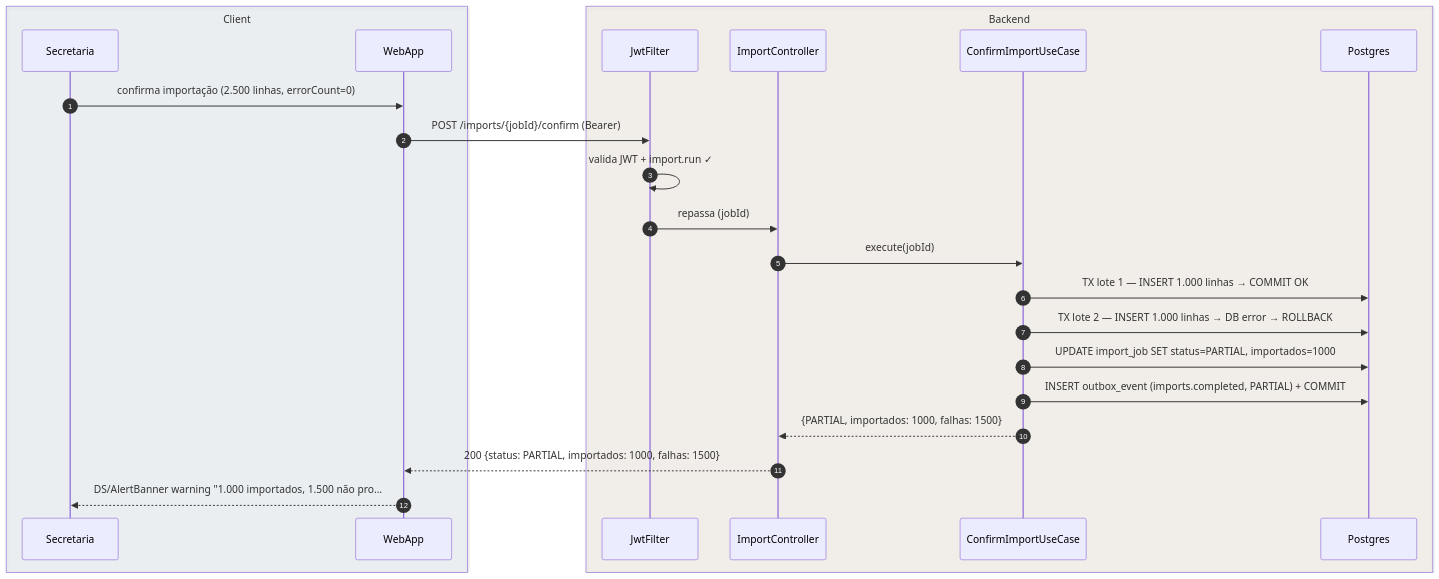
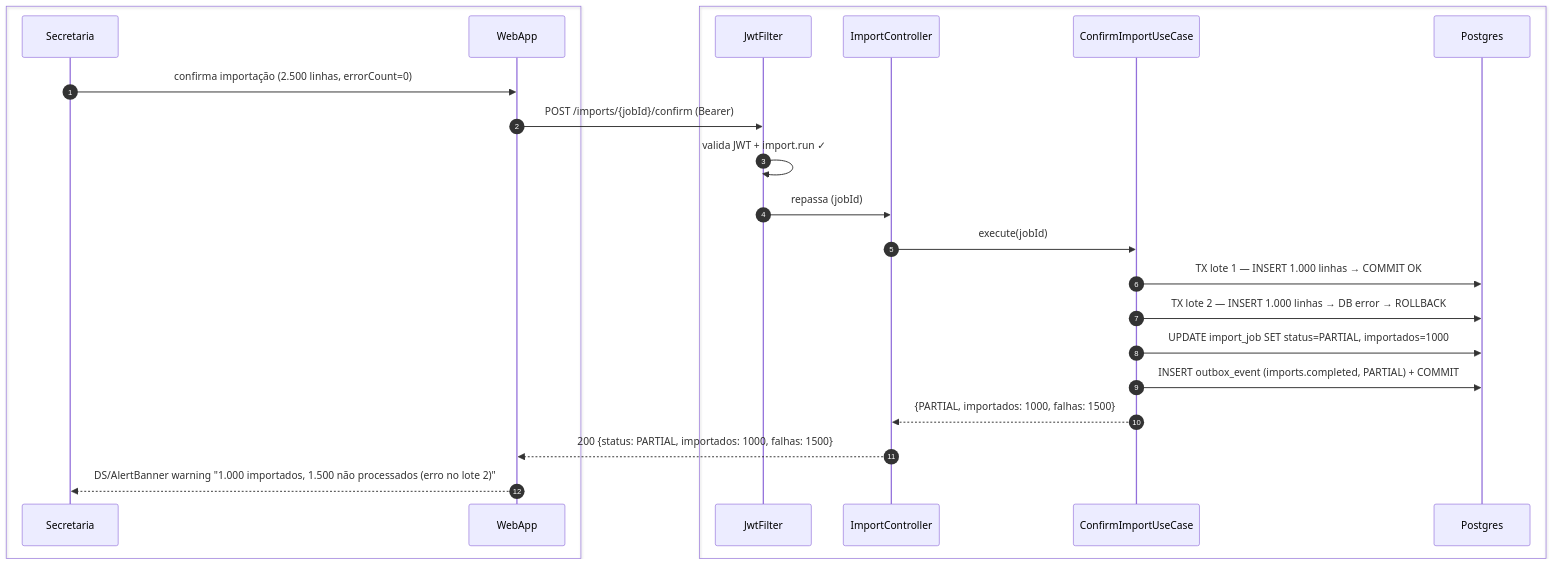
The fourth of 5 diagrams in foundationDocs/sequenceDiagrams/F5 — Secretaria/US-F5-009-IMPORTACOES.md (umishell/secretariaOnline2), drawn with Mermaid before and after one commit. The commit also changed other lines of this file and 70 other files, not shown here.

First line of the commit message:
Enhance database documentation and introduce new schema files

````diff
--- a/foundationDocs/sequenceDiagrams/F5 — Secretaria/US-F5-009-IMPORTACOES.md
+++ b/foundationDocs/sequenceDiagrams/F5 — Secretaria/US-F5-009-IMPORTACOES.md
@@ -186,27 +186,27 @@
 ```mermaid
 sequenceDiagram
     autonumber
-    box rgba(230,245,255,0.3) Client
+    box #e8f4fc Cliente
         participant Secretaria
         participant WebApp
     end
-    box rgba(255,245,230,0.3) Backend
+    box #fff8ee Servidor
         participant JwtFilter
         participant ImportController
         participant ConfirmImportUC as ConfirmImportUseCase
         participant Postgres
     end
 
     Secretaria->>WebApp: confirma importação (2.500 linhas, errorCount=0)
     WebApp->>JwtFilter: POST /imports/{jobId}/confirm (Bearer)
     JwtFilter->>JwtFilter: valida JWT + import.run ✓
     JwtFilter->>ImportController: repassa (jobId)
     ImportController->>ConfirmImportUC: execute(jobId)
     ConfirmImportUC->>Postgres: TX lote 1 — INSERT 1.000 linhas → COMMIT OK
     ConfirmImportUC->>Postgres: TX lote 2 — INSERT 1.000 linhas → DB error → ROLLBACK
     ConfirmImportUC->>Postgres: UPDATE import_job SET status=PARTIAL, importados=1000
     ConfirmImportUC->>Postgres: INSERT outbox_event (imports.completed, PARTIAL) + COMMIT
     ConfirmImportUC-->>ImportController: {PARTIAL, importados: 1000, falhas: 1500}
     ImportController-->>WebApp: 200 {status: PARTIAL, importados: 1000, falhas: 1500}
-    WebApp-->>Secretaria: DS/AlertBanner warning "1.000 importados, 1.500 não pro…
+    WebApp-->>Secretaria: DS/AlertBanner warning "1.000 importados, 1.500 não processados (erro no lote 2)"
 ```
````
